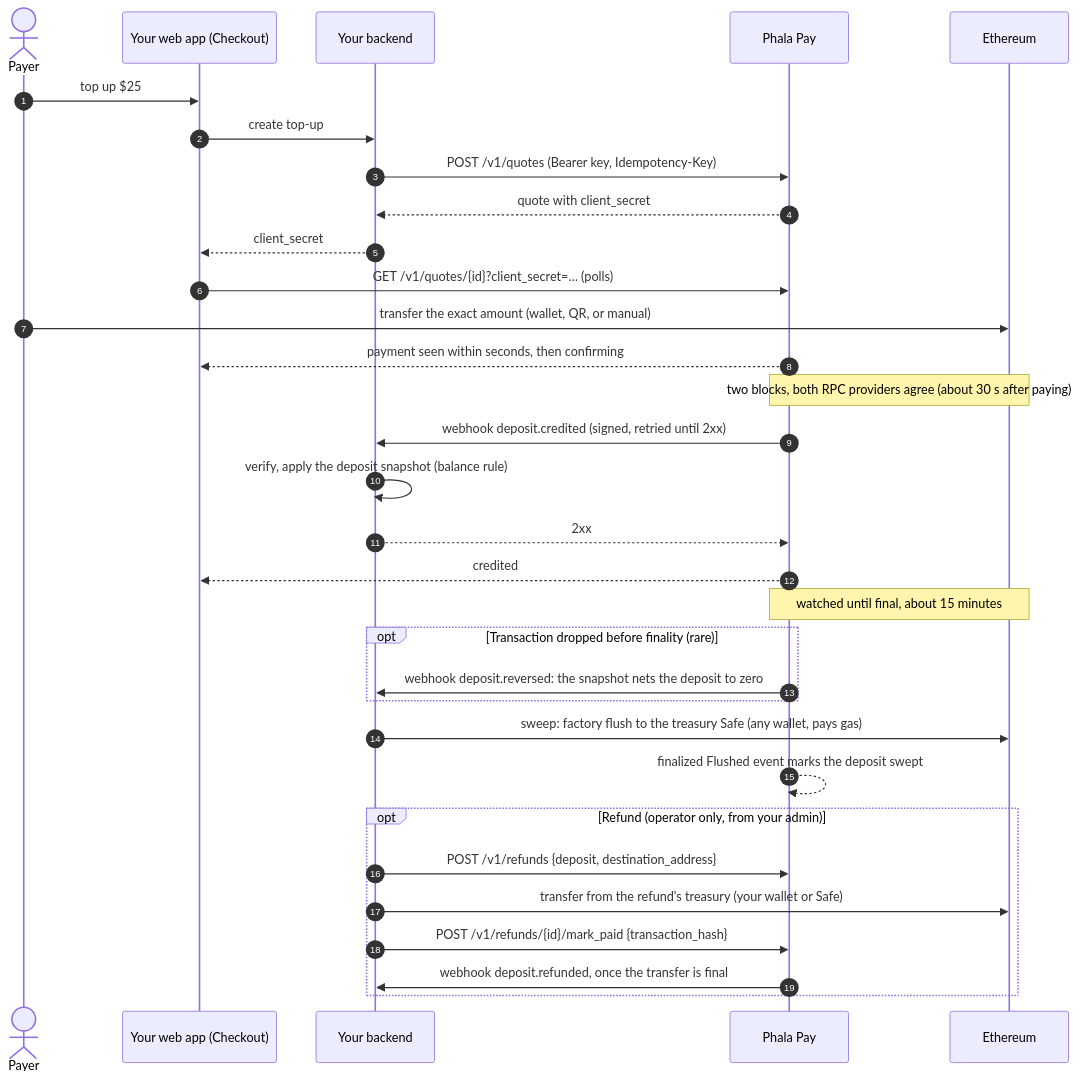
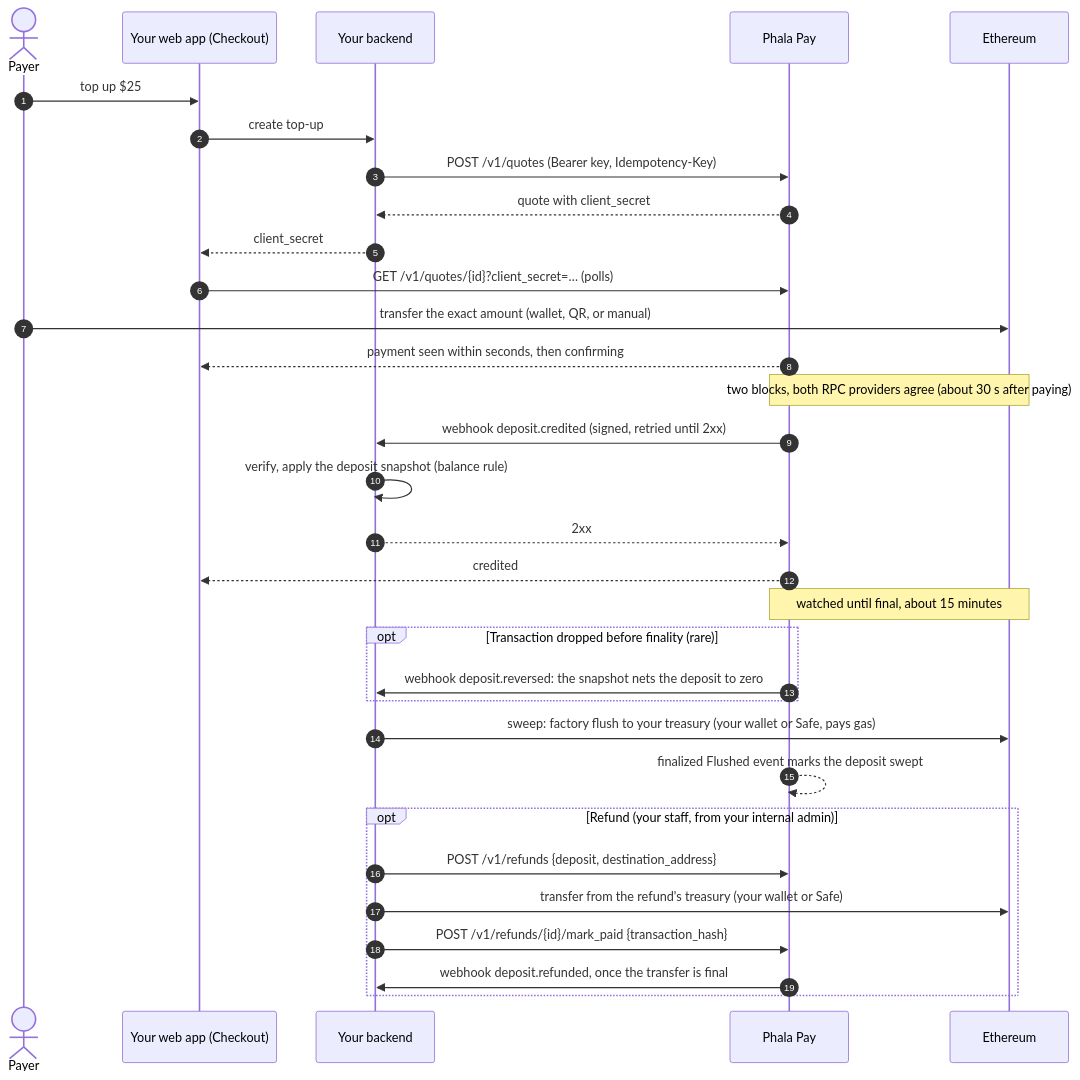
One commit to Phala-Network/crypto-topup-service changed the diagram in docs/integration.md. Above: the diagram before and after it, drawn with Mermaid. The commit also changed other lines of this file and 60 other files, not shown here.

````diff
--- a/docs/integration.md
+++ b/docs/integration.md
@@ -159,34 +164,34 @@
 ```mermaid
 sequenceDiagram
     autonumber
     actor Payer
     participant UI as Your web app (Checkout)
     participant BE as Your backend
     participant PP as Phala Pay
     participant ETH as Ethereum
     Payer->>UI: top up $25
     UI->>BE: create top-up
     BE->>PP: POST /v1/quotes (Bearer key, Idempotency-Key)
     PP-->>BE: quote with client_secret
     BE-->>UI: client_secret
     UI->>PP: GET /v1/quotes/{id}?client_secret=… (polls)
     Payer->>ETH: transfer the exact amount (wallet, QR, or manual)
     PP-->>UI: payment seen within seconds, then confirming
     Note over PP,ETH: two blocks, both RPC providers agree (about 30 s after paying)
     PP->>BE: webhook deposit.credited (signed, retried until 2xx)
     BE->>BE: verify, apply the deposit snapshot (balance rule)
     BE-->>PP: 2xx
     PP-->>UI: credited
     Note over PP,ETH: watched until final, about 15 minutes
     opt Transaction dropped before finality (rare)
         PP->>BE: webhook deposit.reversed: the snapshot nets the deposit to zero
     end
-    BE->>ETH: sweep: factory flush to the treasury Safe (any wallet, pays gas)
+    BE->>ETH: sweep: factory flush to your treasury (your wallet or Safe, pays gas)
     PP-->>PP: finalized Flushed event marks the deposit swept
-    opt Refund (operator only, from your admin)
+    opt Refund (your staff, from your internal admin)
         BE->>PP: POST /v1/refunds {deposit, destination_address}
         BE->>ETH: transfer from the refund's treasury (your wallet or Safe)
         BE->>PP: POST /v1/refunds/{id}/mark_paid {transaction_hash}
         PP->>BE: webhook deposit.refunded, once the transfer is final
     end
 ```
````
